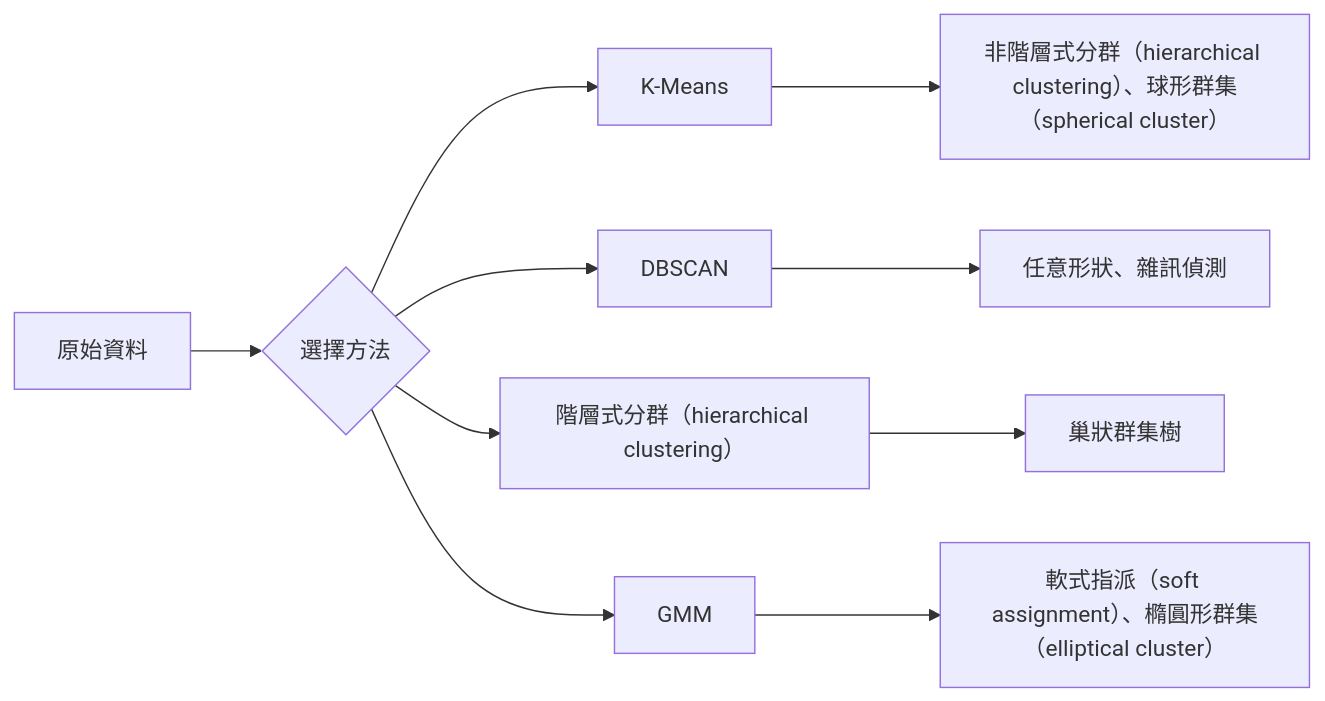
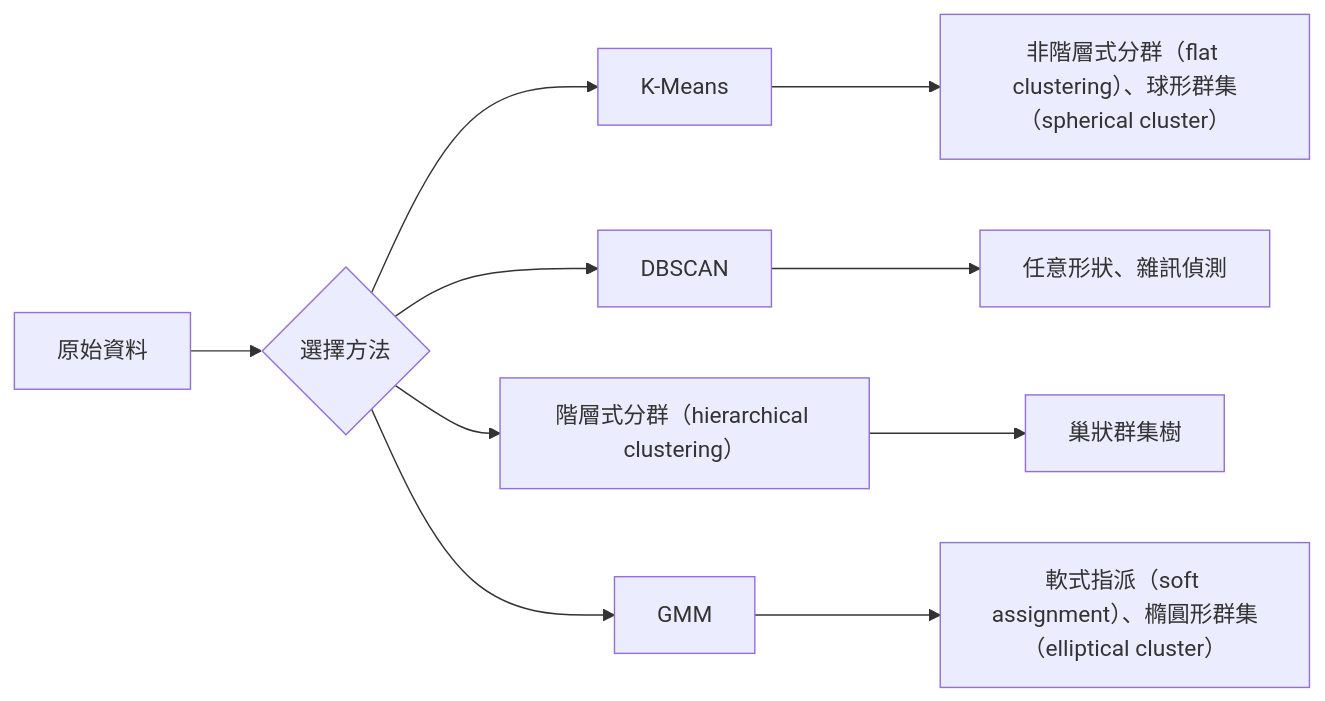
Before and after one commit to edward821220/ai-engineering-from-scratch: the diagram in i18n/zh-TW/phases/02-ml-fundamentals/07-unsupervised-learning/docs/zh-TW.md, drawn with Mermaid. The commit also changed 23 other files, not shown here.

````diff
--- a/i18n/zh-TW/phases/02-ml-fundamentals/07-unsupervised-learning/docs/zh-TW.md
+++ b/i18n/zh-TW/phases/02-ml-fundamentals/07-unsupervised-learning/docs/zh-TW.md
@@ -31,12 +31,12 @@
 ```mermaid
 flowchart LR
     A[原始資料] --> B{選擇方法}
     B --> C[K-Means]
     B --> D[DBSCAN]
     B --> E[階層式分群（hierarchical clustering）]
     B --> F[GMM]
-    C --> G[非階層式分群（hierarchical clustering）、球形群集（spherical cluster）]
+    C --> G[非階層式分群（flat clustering）、球形群集（spherical cluster）]
     D --> H[任意形狀、雜訊偵測]
     E --> I[巢狀群集樹]
     F --> J[軟式指派（soft assignment）、橢圓形群集（elliptical cluster）]
 ```
````
